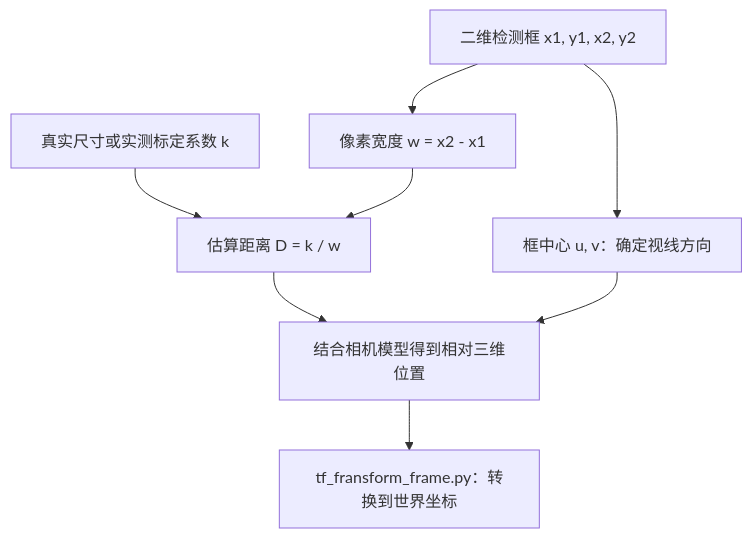
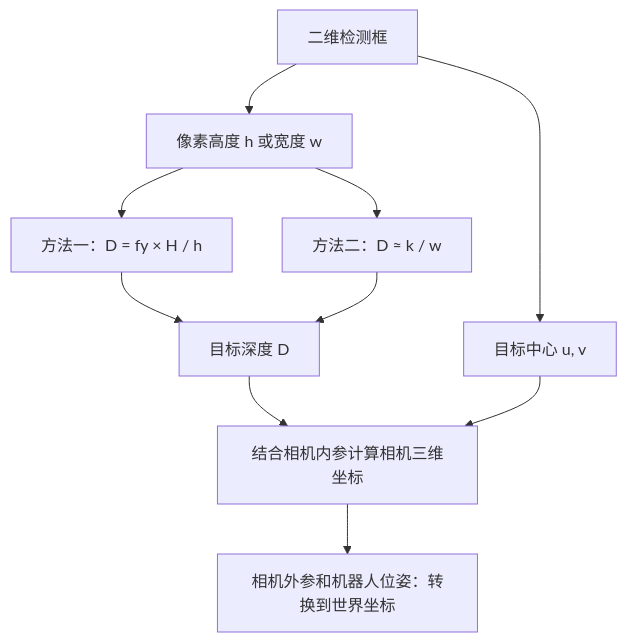
One commit to le12377/pixel-to-world-3d changed the diagram in README.md. Above: the diagram before and after it, drawn with Mermaid. The commit also changed other lines of this file and 1 other file, not shown here.

````diff
--- a/README.md
+++ b/README.md
@@ -181,10 +351,12 @@
 ```mermaid
 flowchart TD
-    A["二维检测框 x1, y1, x2, y2"] --> B["像素宽度 w = x2 - x1"]
-    C["真实尺寸或实测标定系数 k"] --> D["估算距离 D = k / w"]
-    B --> D
-    A --> E["框中心 u, v：确定视线方向"]
-    D --> F["结合相机模型得到相对三维位置"]
-    E --> F
-    F --> G["tf_fransform_frame.py：转换到世界坐标"]
+    A["二维检测框"] --> B["像素高度 h 或宽度 w"]
+    B --> C["方法一：D = fy × H / h"]
+    B --> D["方法二：D ≈ k / w"]
+    C --> E["目标深度 D"]
+    D --> E
+    A --> F["目标中心 u, v"]
+    E --> G["结合相机内参计算相机三维坐标"]
+    F --> G
+    G --> H["相机外参和机器人位姿：转换到世界坐标"]
 ```
````
